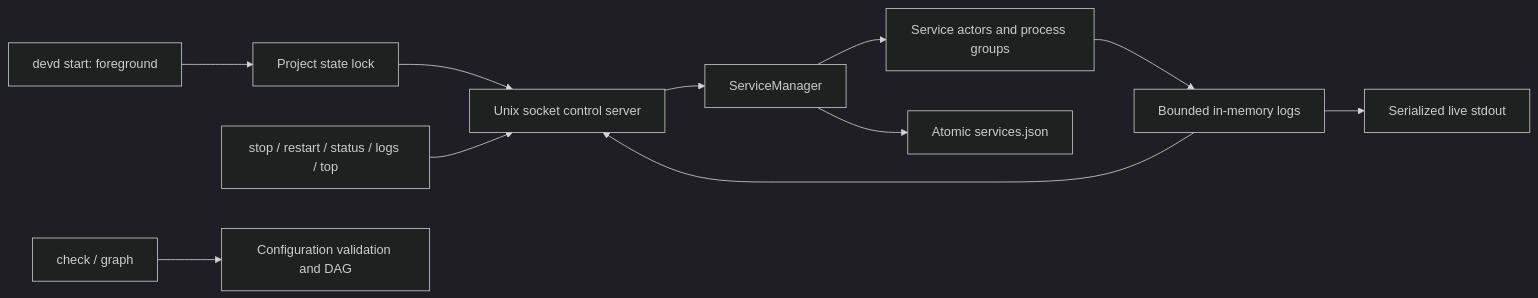
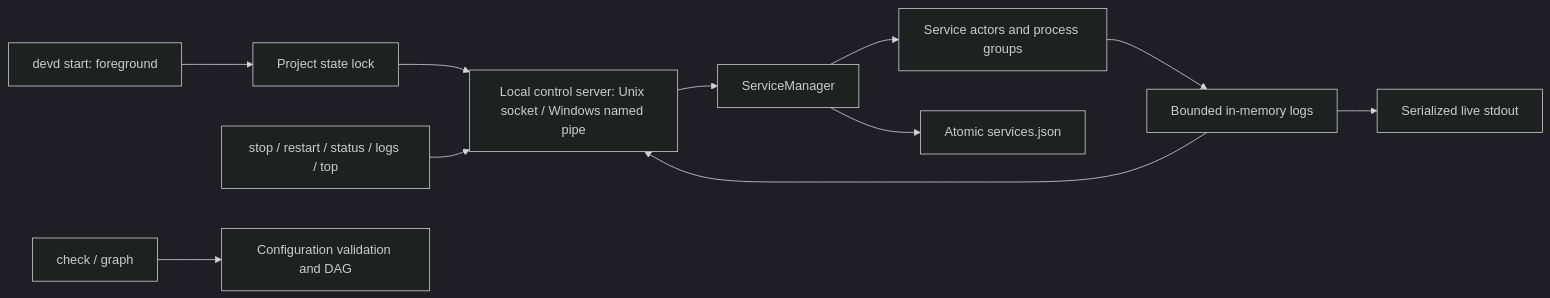
One commit to Ceng-0324/Devd changed the first of 2 diagrams in ARCHITECTURE.md. Above: the diagram before and after it, drawn with Mermaid (dark theme). The commit also changed other lines of this file and 6 other files, not shown here.

````diff
--- a/ARCHITECTURE.md
+++ b/ARCHITECTURE.md
@@ -5,13 +11,13 @@
 ```mermaid
 flowchart LR
     start[devd start: foreground] --> lock[Project state lock]
-    lock --> server[Unix socket control server]
+    lock --> server[Local control server: Unix socket / Windows named pipe]
     server --> manager[ServiceManager]
     clients[stop / restart / status / logs / top] --> server
     manager --> actors[Service actors and process groups]
     actors --> logs[Bounded in-memory logs]
     logs --> terminal[Serialized live stdout]
     logs --> server
     manager --> state[Atomic services.json]
     check[check / graph] --> config[Configuration validation and DAG]
 ```
````
